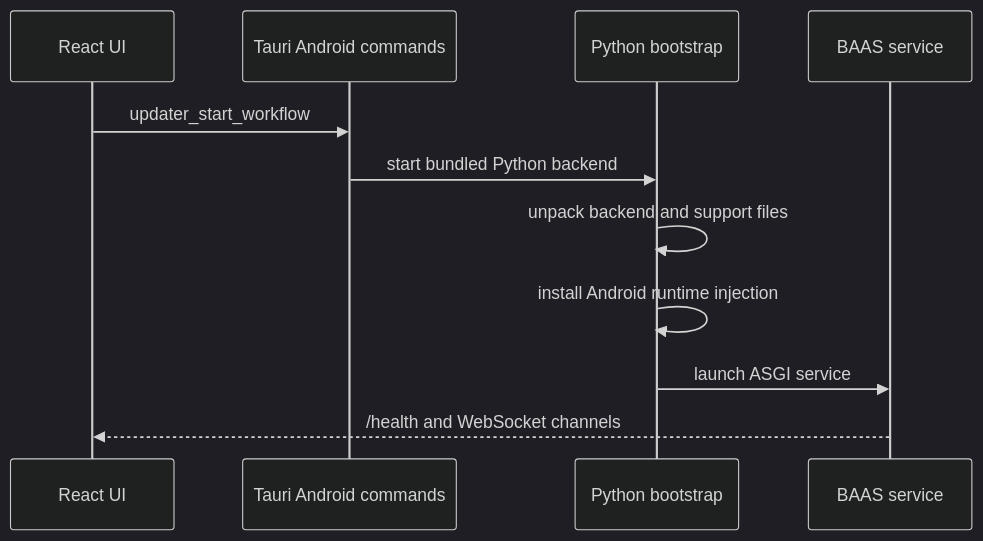
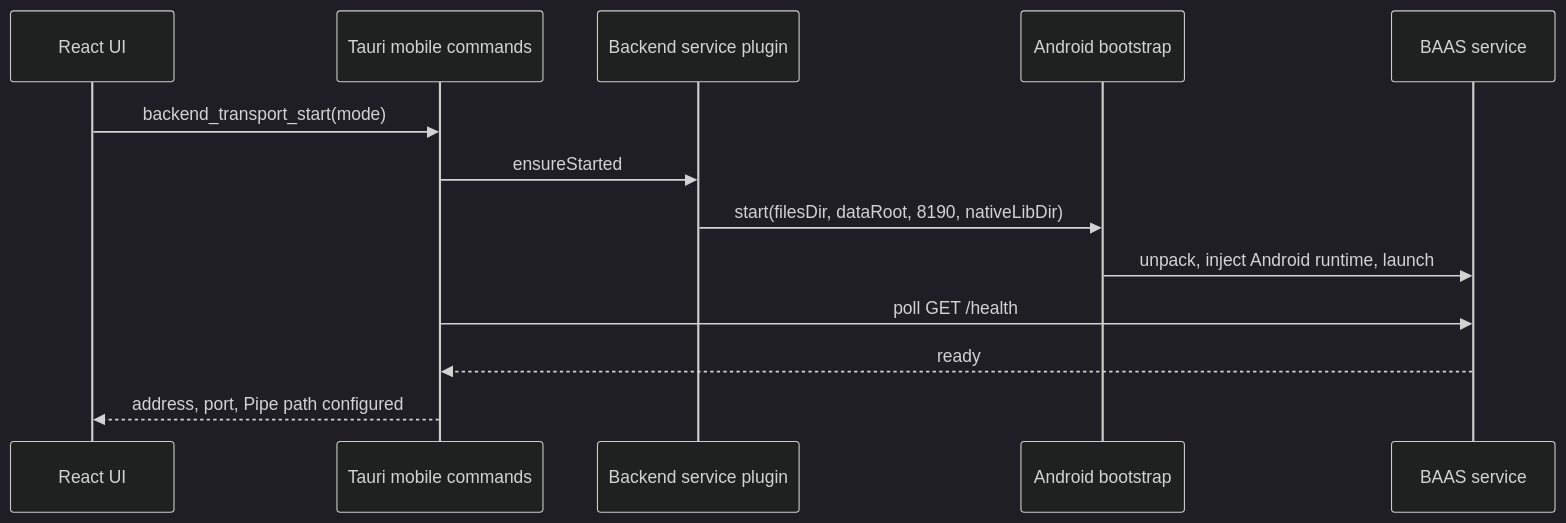
Before and after one commit to Kiramei/baas-tauri: the diagram in docs/content/docs/en/api/android-runtime.mdx, drawn with Mermaid (dark theme). The commit also changed other lines of this file and 16 other files, not shown here.

````diff
--- a/docs/content/docs/en/api/android-runtime.mdx
+++ b/docs/content/docs/en/api/android-runtime.mdx
@@ -10,13 +10,15 @@
 ```mermaid
 sequenceDiagram
   participant UI as React UI
-  participant Rust as Tauri Android commands
-  participant Boot as Python bootstrap
-  participant Svc as BAAS service
-  UI->>Rust: updater_start_workflow
-  Rust->>Boot: start bundled Python backend
-  Boot->>Boot: unpack backend and support files
-  Boot->>Boot: install Android runtime injection
-  Boot->>Svc: launch ASGI service
-  Svc-->>UI: /health and WebSocket channels
+  participant Rust as Tauri mobile commands
+  participant Kotlin as Backend service plugin
+  participant Python as Android bootstrap
+  participant Service as BAAS service
+  UI->>Rust: backend_transport_start(mode)
+  Rust->>Kotlin: ensureStarted
+  Kotlin->>Python: start(filesDir, dataRoot, 8190, nativeLibDir)
+  Python->>Service: unpack, inject Android runtime, launch
+  Rust->>Service: poll GET /health
+  Service-->>Rust: ready
+  Rust-->>UI: address, port, Pipe path configured
 ```
````
